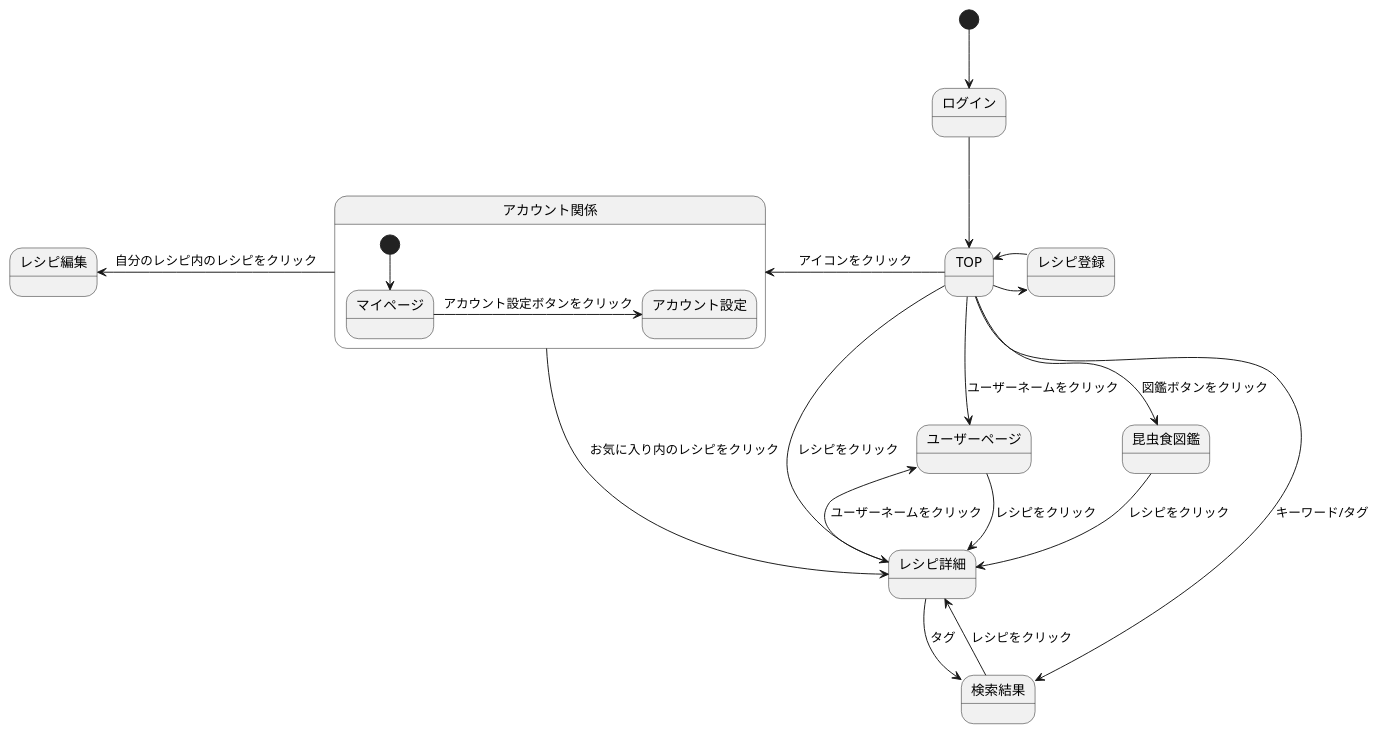
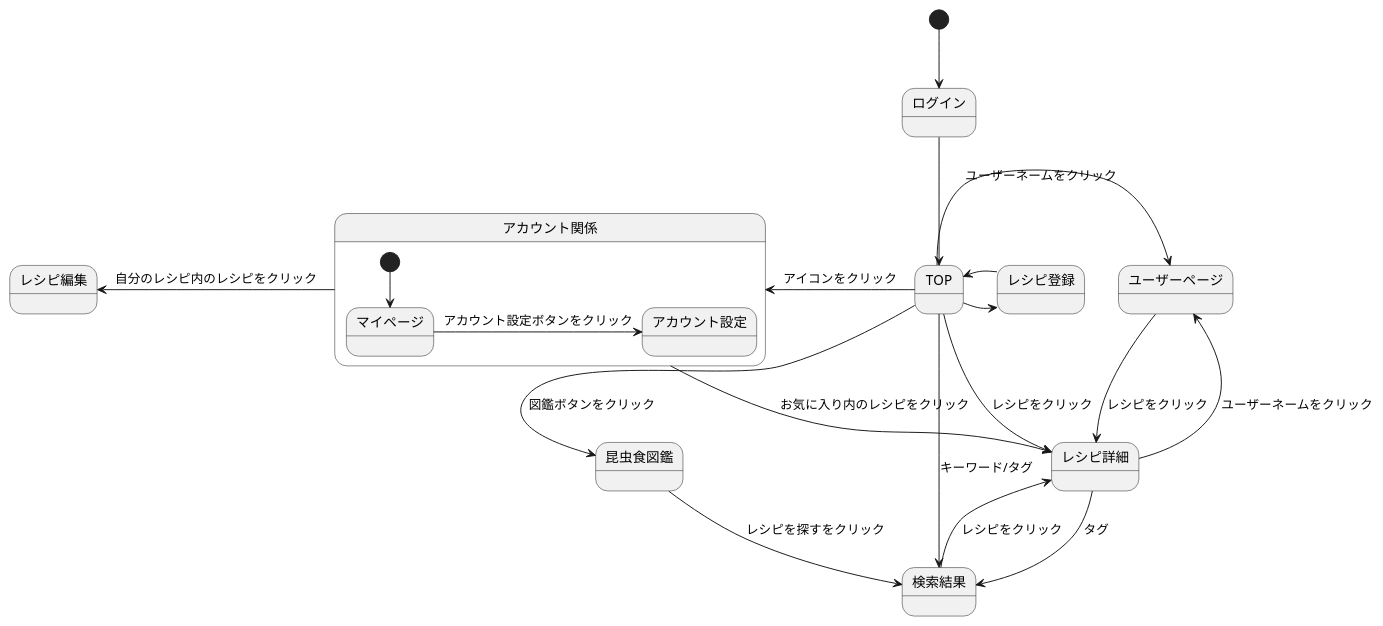
One commit to ASO2001040/bugbug-design changed the diagram in ScreenTransitionDiagramlogin.md. Above: the diagram before and after it, drawn with PlantUML.

````diff
--- a/ScreenTransitionDiagramlogin.md
+++ b/ScreenTransitionDiagramlogin.md
@@ -1,26 +1,26 @@
 ```uml
 @startuml
 [*]-->ログイン
 
 ログイン-->TOP
 TOP-left->アカウント関係: アイコンをクリック
 TOP->レシピ登録
 レシピ登録->TOP
 TOP-->昆虫食図鑑: 図鑑ボタンをクリック
 TOP->ユーザーページ: ユーザーネームをクリック
 TOP->レシピ詳細: レシピをクリック
 TOP->検索結果: キーワード/タグ
 アカウント関係->レシピ詳細: お気に入り内のレシピをクリック
 アカウント関係-left->レシピ編集: 自分のレシピ内のレシピをクリック
 ユーザーページ-->レシピ詳細: レシピをクリック
 レシピ詳細-->ユーザーページ: ユーザーネームをクリック
 レシピ詳細-->検索結果: タグ
 検索結果-->レシピ詳細: レシピをクリック
-昆虫食図鑑-->レシピ詳細: レシピをクリック
+昆虫食図鑑-->検索結果: レシピを探すをクリック
 
 state アカウント関係 {
  [*] --> マイページ
 マイページ-> アカウント設定: アカウント設定ボタンをクリック
  }
 @enduml
 ```
````
